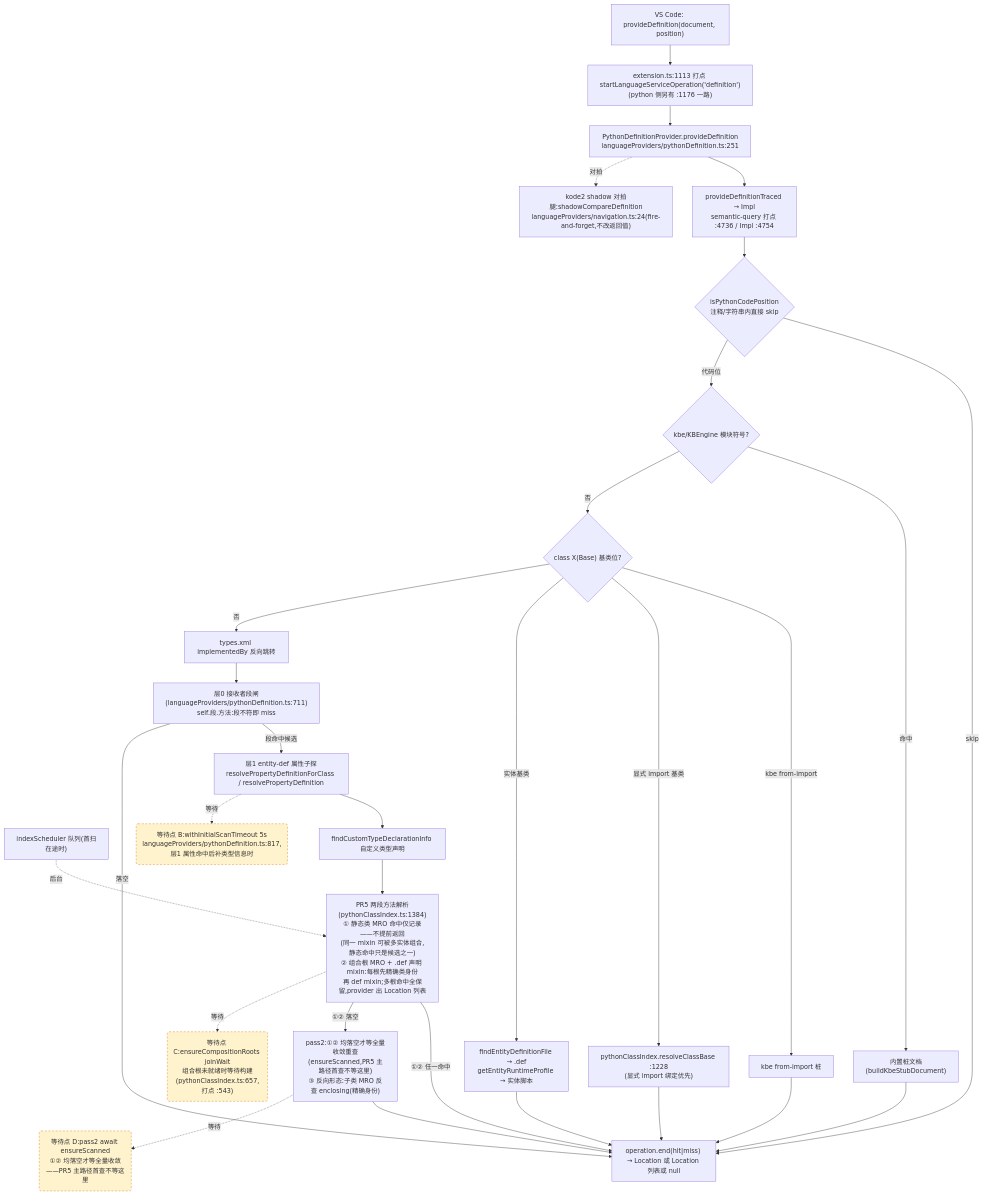
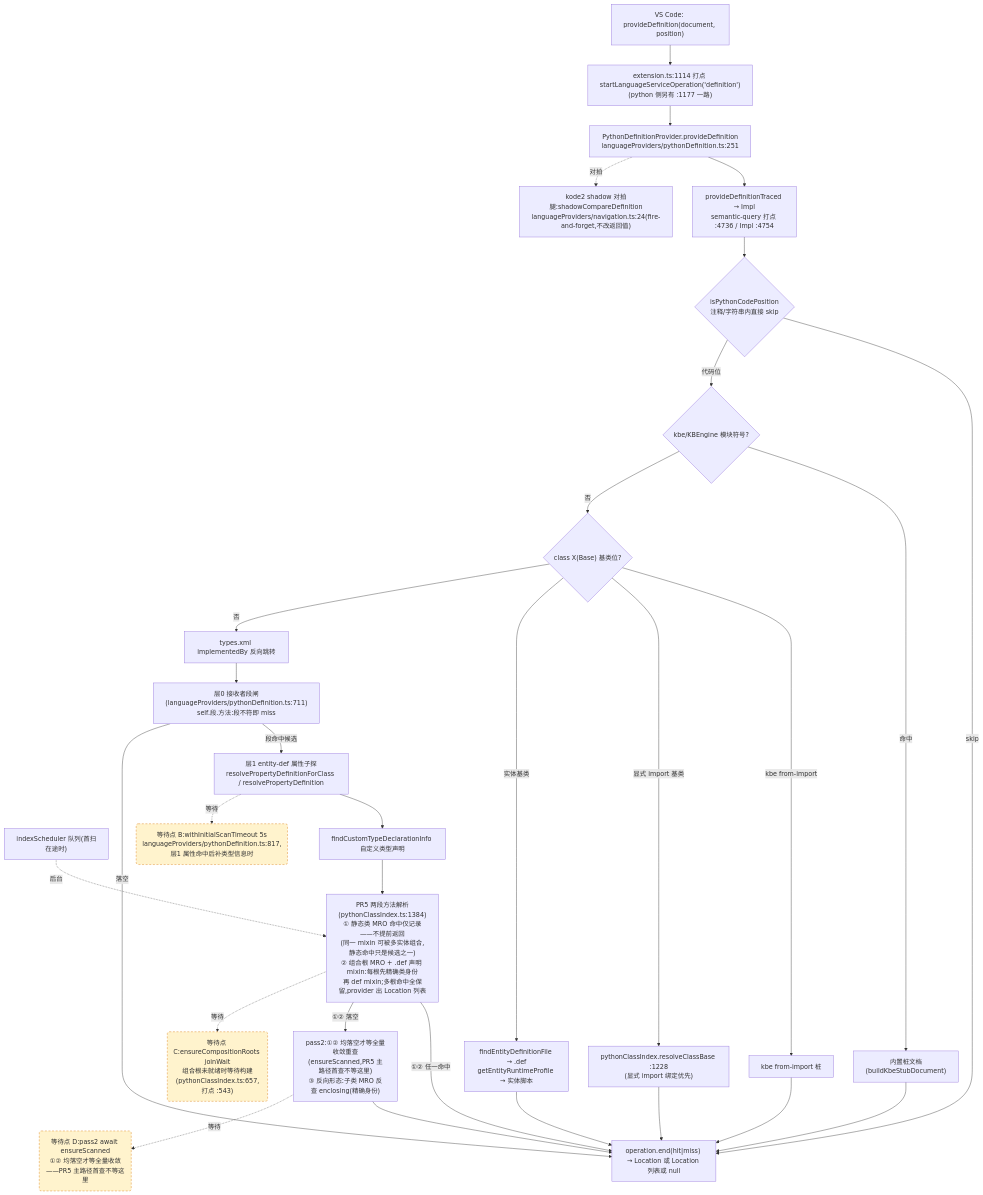
One commit to cuihairu/kode changed the second of 4 diagrams in docs/perf/2026-baseline.md. Above: the diagram before and after it, drawn with Mermaid. The commit also changed other lines of this file and 3 other files, not shown here.

````diff
--- a/docs/perf/2026-baseline.md
+++ b/docs/perf/2026-baseline.md
@@ -130,51 +130,51 @@
 ```mermaid
 flowchart TD
   VC2["VS Code: provideDefinition(document, position)"]
-  M2["extension.ts:1113 打点 startLanguageServiceOperation('definition')<br/>(python 侧另有 :1176 一路)"]
+  M2["extension.ts:1114 打点 startLanguageServiceOperation('definition')<br/>(python 侧另有 :1177 一路)"]
   AD2["PythonDefinitionProvider.provideDefinition<br/>languageProviders/pythonDefinition.ts:251"]
   TR["provideDefinitionTraced → Impl<br/>semantic-query 打点 :4736 / Impl :4754"]
   CTX{"isPythonCodePosition<br/>注释/字符串内直接 skip"}
   KBE{"kbe/KBEngine 模块符号?"}
   STUB["内置桩文档(buildKbeStubDocument)"]
   CB{"class X(Base) 基类位?"}
   CB1["kbe from-import 桩"]
   CB2["pythonClassIndex.resolveClassBase :1228<br/>(显式 import 绑定优先)"]
   CB3["findEntityDefinitionFile → .def<br/>getEntityRuntimeProfile → 实体脚本"]
   REV["types.xml implementedBy 反向跳转"]
   L0["层0 接收者段闸(languageProviders/pythonDefinition.ts:711)<br/>self.段.方法:段不符即 miss"]
   L1["层1 entity-def 属性子探<br/>resolvePropertyDefinitionForClass / resolvePropertyDefinition"]
   SCAN["indexScheduler 队列(首扫在途时)"]
   TY["findCustomTypeDeclarationInfo 自定义类型声明"]
   MRO["PR5 两段方法解析(pythonClassIndex.ts:1384)<br/>① 静态类 MRO 命中仅记录——不提前返回<br/>(同一 mixin 可被多实体组合,静态命中只是候选之一)<br/>② 组合根 MRO + .def 声明 mixin:每根先精确类身份<br/>再 def mixin;多根命中全保留,provider 出 Location 列表"]
   PASS2["pass2:①② 均落空才等全量收敛重查<br/>(ensureScanned,PR5 主路径首查不等这里)<br/>③ 反向形态:子类 MRO 反查 enclosing(精确身份)"]
   SHD["kode2 shadow 对拍腿:shadowCompareDefinition<br/>languageProviders/navigation.ts:24(fire-and-forget,不改返回值)"]
   END2["operation.end(hit|miss) → Location 或 Location 列表或 null"]
 
   VC2 --> M2 --> AD2 --> TR --> CTX
   CTX -- "skip" --> END2
   CTX -- "代码位" --> KBE
   KBE -- "命中" --> STUB --> END2
   KBE -- "否" --> CB
   CB -- "kbe from-import" --> CB1 --> END2
   CB -- "显式 import 基类" --> CB2 --> END2
   CB -- "实体基类" --> CB3 --> END2
   CB -- "否" --> REV --> L0
   L0 -- "段命中候选" --> L1
   L0 -- "落空" --> END2
   L1 --> TY
   TY --> MRO
   MRO -- "①② 任一命中" --> END2
   MRO -- "①② 落空" --> PASS2 --> END2
   AD2 -.->|对拍| SHD
 
   WAITB("等待点 B:withInitialScanTimeout 5s<br/>languageProviders/pythonDefinition.ts:817,层1 属性命中后补类型信息时")
   WAITC("等待点 C:ensureCompositionRoots joinWait<br/>组合根未就绪时等待构建(pythonClassIndex.ts:657,打点 :543)")
   WAITD("等待点 D:pass2 await ensureScanned<br/>①② 均落空才等全量收敛——PR5 主路径首查不等这里")
   L1 -.->|等待| WAITB
   MRO -.->|等待| WAITC
   PASS2 -.->|等待| WAITD
   SCAN -.->|后台| MRO
 
   classDef waitPoint fill:#fff3cd,stroke:#d97706,stroke-dasharray:5 4;
   class WAITB,WAITC,WAITD waitPoint;
 ```
````
